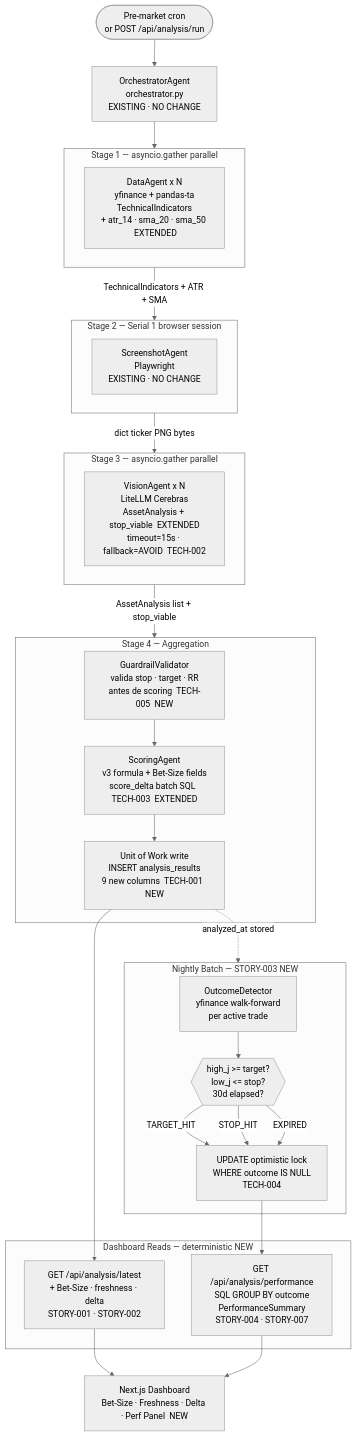
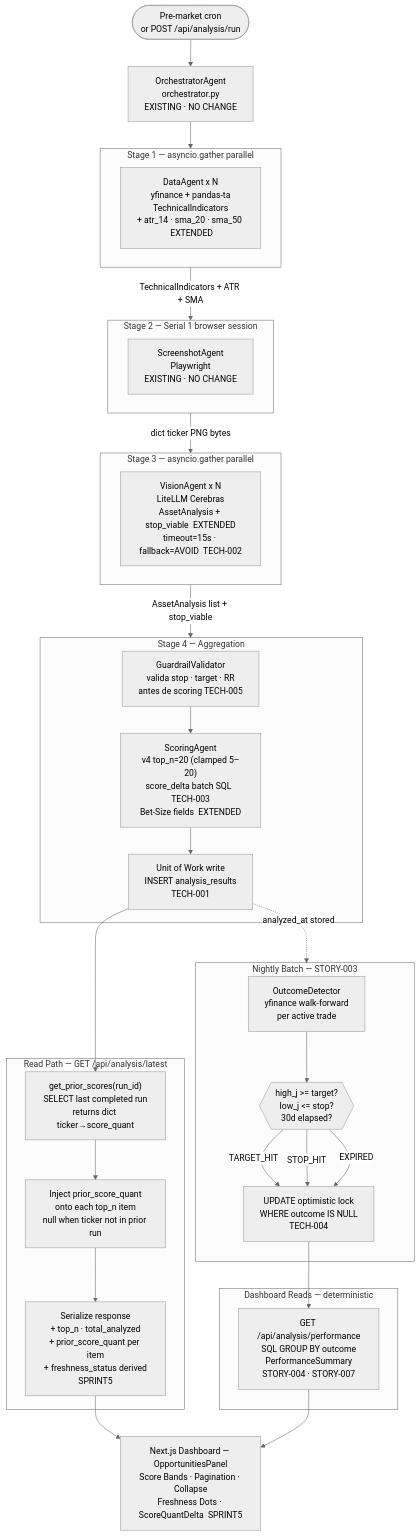
Before and after one commit to jcris21/TradeMarket-AI-Detector: the third of 7 diagrams in planning/FinAlly_Domain_Architecture_v2.md, drawn with Mermaid (neutral theme). The commit also changed other lines of this file and 15 other files, not shown here.

````diff
--- a/planning/FinAlly_Domain_Architecture_v2.md
+++ b/planning/FinAlly_Domain_Architecture_v2.md
@@ -200,51 +236,57 @@
 ```mermaid
 flowchart TD
   CRON(["Pre-market cron\nor POST /api/analysis/run"])
   ORCH["OrchestratorAgent\norchestrator.py\nEXISTING · NO CHANGE"]
 
   subgraph S1["Stage 1 — asyncio.gather parallel"]
     DA["DataAgent x N\nyfinance + pandas-ta\nTechnicalIndicators\n+ atr_14 · sma_20 · sma_50  EXTENDED"]
   end
 
   subgraph S2["Stage 2 — Serial 1 browser session"]
     SA["ScreenshotAgent\nPlaywright\nEXISTING · NO CHANGE"]
   end
 
   subgraph S3["Stage 3 — asyncio.gather parallel"]
     VA["VisionAgent x N\nLiteLLM Cerebras\nAssetAnalysis + stop_viable  EXTENDED\ntimeout=15s · fallback=AVOID  TECH-002"]
   end
 
   subgraph S4["Stage 4 — Aggregation"]
-    GV["GuardrailValidator\nvalida stop · target · RR\nantes de scoring  TECH-005  NEW"]
-    SC["ScoringAgent\nv3 formula + Bet-Size fields\nscore_delta batch SQL  TECH-003  EXTENDED"]
-    WR["Unit of Work write\nINSERT analysis_results\n9 new columns  TECH-001  NEW"]
+    GV["GuardrailValidator\nvalida stop · target · RR\nantes de scoring  TECH-005"]
+    SC["ScoringAgent\nv4 top_n=20 (clamped 5–20)\nscore_delta batch SQL  TECH-003\nBet-Size fields  EXTENDED"]
+    WR["Unit of Work write\nINSERT analysis_results\nTECH-001"]
   end
 
-  subgraph NIGHTLY["Nightly Batch — STORY-003  NEW"]
+  subgraph READ["Read Path — GET /api/analysis/latest"]
+    GPS["get_prior_scores(run_id)\nSELECT last completed run\nreturns dict ticker→score_quant"]
+    INJ["Inject prior_score_quant\nonto each top_n item\nnull when ticker not in prior run"]
+    SER["Serialize response\n+ top_n · total_analyzed\n+ prior_score_quant per item\n+ freshness_status derived\nSPRINT5"]
+  end
+
+  subgraph NIGHTLY["Nightly Batch — STORY-003"]
     OD["OutcomeDetector\nyfinance walk-forward\nper active trade"]
     OC{{"high_j >= target?\nlow_j <= stop?\n30d elapsed?"}}
     OW["UPDATE optimistic lock\nWHERE outcome IS NULL\nTECH-004"]
   end
 
-  subgraph READS["Dashboard Reads — deterministic  NEW"]
-    API1["GET /api/analysis/latest\n+ Bet-Size · freshness · delta\nSTORY-001 · STORY-002"]
+  subgraph READS["Dashboard Reads — deterministic"]
     API2["GET /api/analysis/performance\nSQL GROUP BY outcome\nPerformanceSummary\nSTORY-004 · STORY-007"]
   end
 
-  UI["Next.js Dashboard\nBet-Size · Freshness · Delta · Perf Panel  NEW"]
+  UI["Next.js Dashboard — OpportunitiesPanel\nScore Bands · Pagination · Collapse\nFreshness Dots · ScoreQuantDelta  SPRINT5"]
 
   CRON --> ORCH
   ORCH --> S1
   S1 -->|"TechnicalIndicators + ATR + SMA"| S2
   S2 -->|"dict ticker PNG bytes"| S3
   S3 -->|"AssetAnalysis list + stop_viable"| S4
   GV --> SC --> WR
-  WR --> API1
+  WR --> GPS
+  GPS --> INJ --> SER
   WR -.->|"analyzed_at stored"| NIGHTLY
   OD --> OC
   OC -->|"TARGET_HIT"| OW
   OC -->|"STOP_HIT"| OW
   OC -->|"EXPIRED"| OW
   OW --> API2
-  API1 & API2 --> UI
+  SER & API2 --> UI
 ```
````
